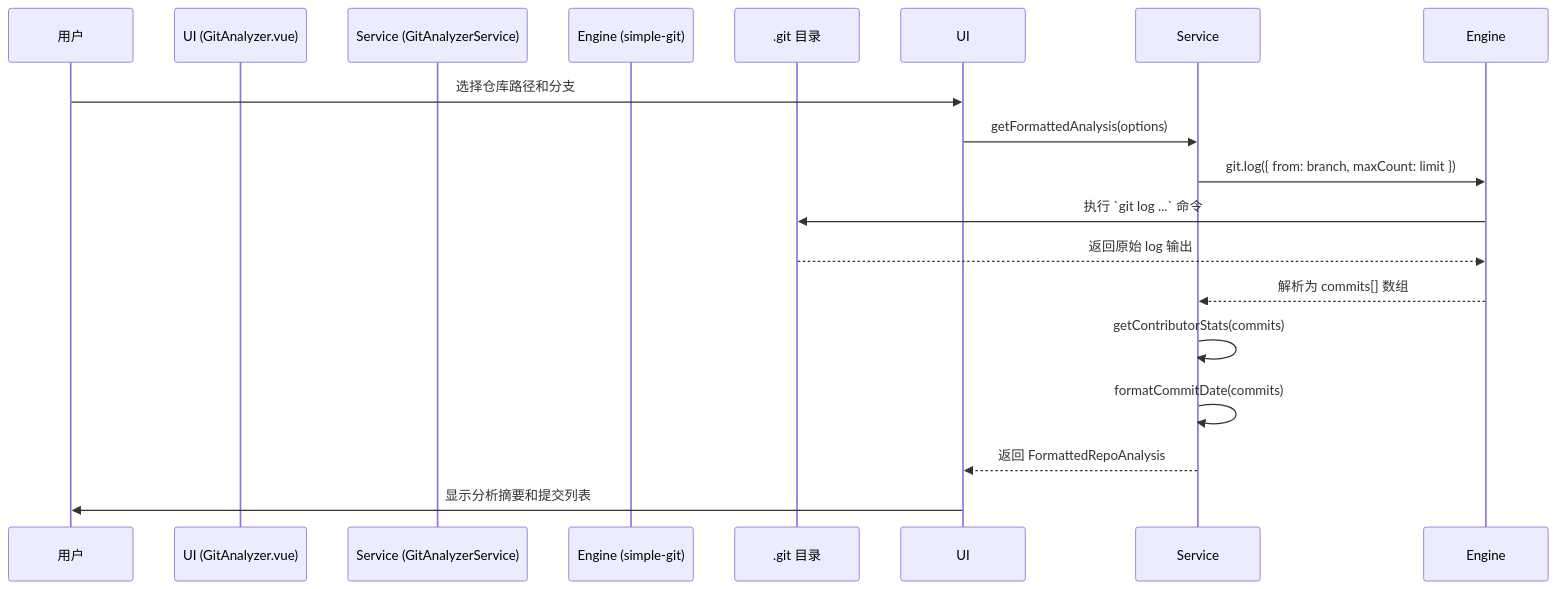
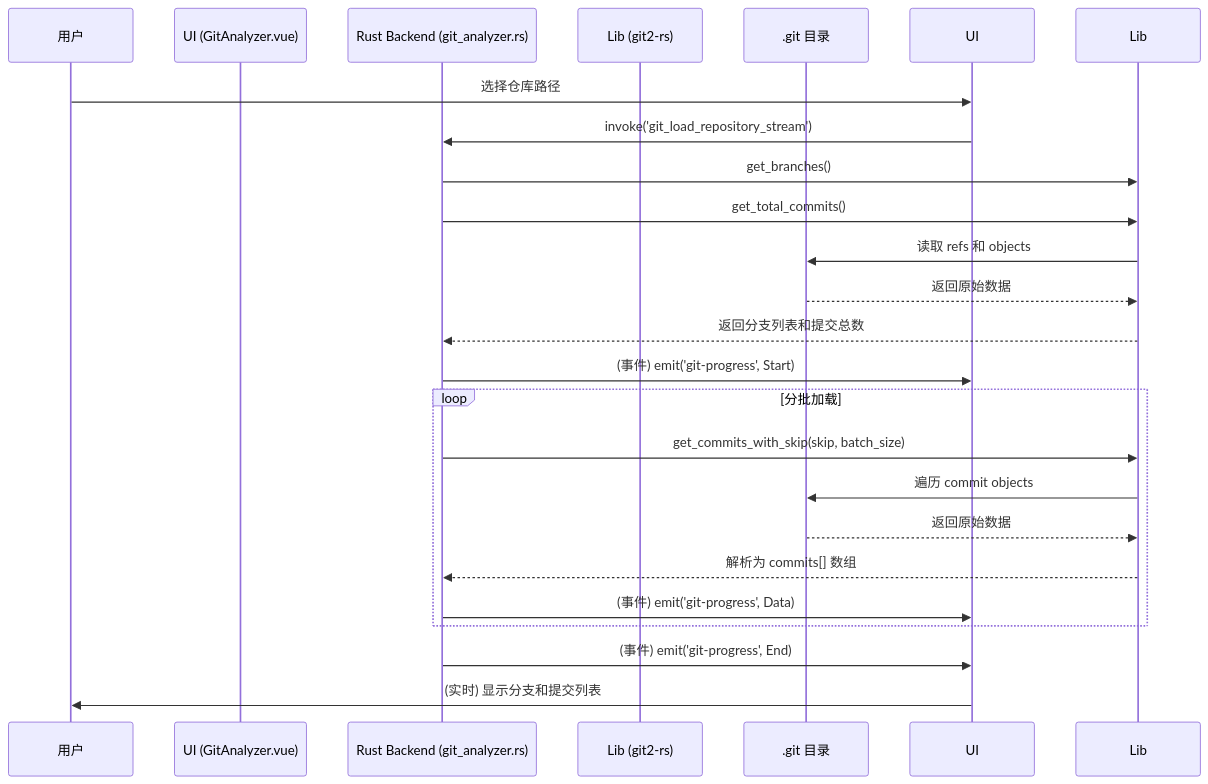
Before and after one commit to miaotouy/aio-hub: the diagram in src/tools/git-analyzer/ARCHITECTURE.md, drawn with Mermaid. The commit also changed other lines of this file and 5 other files, not shown here.

````diff
--- a/src/tools/git-analyzer/ARCHITECTURE.md
+++ b/src/tools/git-analyzer/ARCHITECTURE.md
@@ -36,20 +36,30 @@
 ```mermaid
 sequenceDiagram
     participant User as 用户
     participant UI (GitAnalyzer.vue)
-    participant Service (GitAnalyzerService)
-    participant Engine (simple-git)
+    participant Rust as Rust Backend (git_analyzer.rs)
+    participant Lib (git2-rs)
     participant FS as .git 目录
-    
-    User->>UI: 选择仓库路径和分支
-    UI->>Service: getFormattedAnalysis(options)
-    Service->>Engine: git.log({ from: branch, maxCount: limit })
-    Engine->>FS: 执行 `git log ...` 命令
-    FS-->>Engine: 返回原始 log 输出
-    Engine-->>Service: 解析为 commits[] 数组
-    
-    Service->>Service: getContributorStats(commits)
-    Service->>Service: formatCommitDate(commits)
-    Service-->>UI: 返回 FormattedRepoAnalysis
-    UI->>User: 显示分析摘要和提交列表
+
+    User->>UI: 选择仓库路径
+    UI->>Rust: invoke('git_load_repository_stream')
+
+    Rust->>Lib: get_branches()
+    Rust->>Lib: get_total_commits()
+    Lib->>FS: 读取 refs 和 objects
+    FS-->>Lib: 返回原始数据
+    Lib-->>Rust: 返回分支列表和提交总数
+
+    Rust->>UI: (事件) emit('git-progress', Start)
+
+    loop 分批加载
+        Rust->>Lib: get_commits_with_skip(skip, batch_size)
+        Lib->>FS: 遍历 commit objects
+        FS-->>Lib: 返回原始数据
+        Lib-->>Rust: 解析为 commits[] 数组
+        Rust->>UI: (事件) emit('git-progress', Data)
+    end
+
+    Rust->>UI: (事件) emit('git-progress', End)
+    UI->>User: (实时) 显示分支和提交列表
 ```
````
